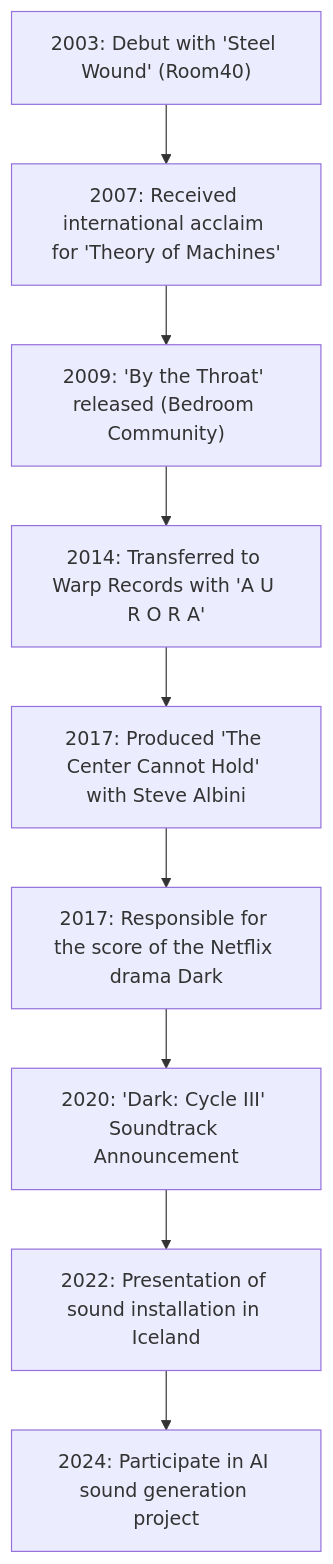
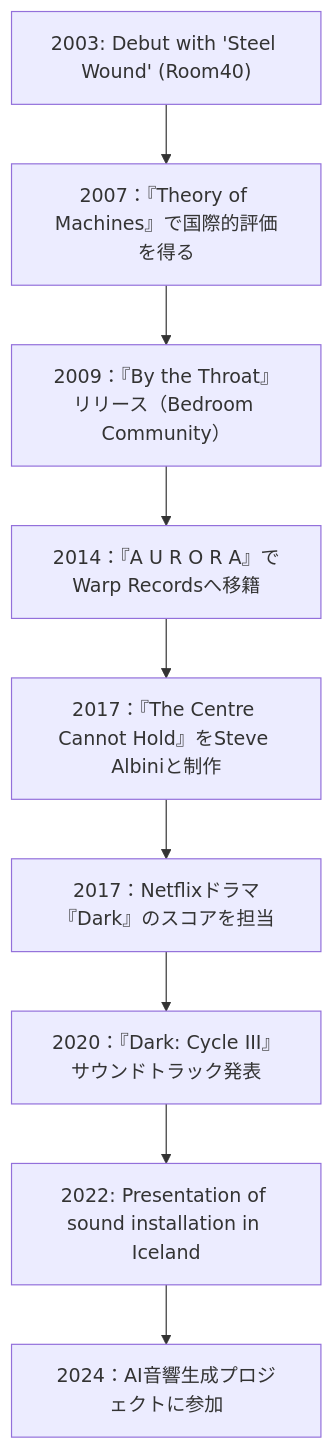
Before and after one commit to monumental-movement/monumental-movement.github.io: the diagram in en/_posts/2025-10-11-Colum-Ben-Frost.md, drawn with Mermaid. The commit also changed other lines of this file and 2196 other files, not shown here.

```diff
--- a/en/_posts/2025-10-11-Colum-Ben-Frost.md
+++ b/en/_posts/2025-10-11-Colum-Ben-Frost.md
@@ -221,16 +221,16 @@
 <div class="mermaid">
 
 flowchart TD
     A2003["2003: Debut with 'Steel Wound' (Room40)"]
-    A2007["2007: Received international acclaim for 'Theory of Machines'"]
-    A2009["2009: 'By the Throat' released (Bedroom Community)"]
-    A2014["2014: Transferred to Warp Records with 'A U R O R A'"]
-    A2017["2017: Produced 'The Center Cannot Hold' with Steve Albini"]
-    A2017B["2017: Responsible for the score of the Netflix drama "Dark""]
-    A2020["2020: 'Dark: Cycle III' Soundtrack Announcement"]
+    A2007["2007：『Theory of Machines』で国際的評価を得る"]
+    A2009["2009：『By the Throat』リリース（Bedroom Community）"]
+    A2014["2014：『A U R O R A』でWarp Recordsへ移籍"]
+    A2017["2017：『The Centre Cannot Hold』をSteve Albiniと制作"]
+    A2017B["2017：Netflixドラマ『Dark』のスコアを担当"]
+    A2020["2020：『Dark: Cycle III』サウンドトラック発表"]
     A2022["2022: Presentation of sound installation in Iceland"]
-    A2024["2024: Participate in AI sound generation project"]
+    A2024["2024：AI音響生成プロジェクトに参加"]
 
     A2003 --> A2007 --> A2009 --> A2014 --> A2017 --> A2017B --> A2020 --> A2022 --> A2024
 
 </div>
```
